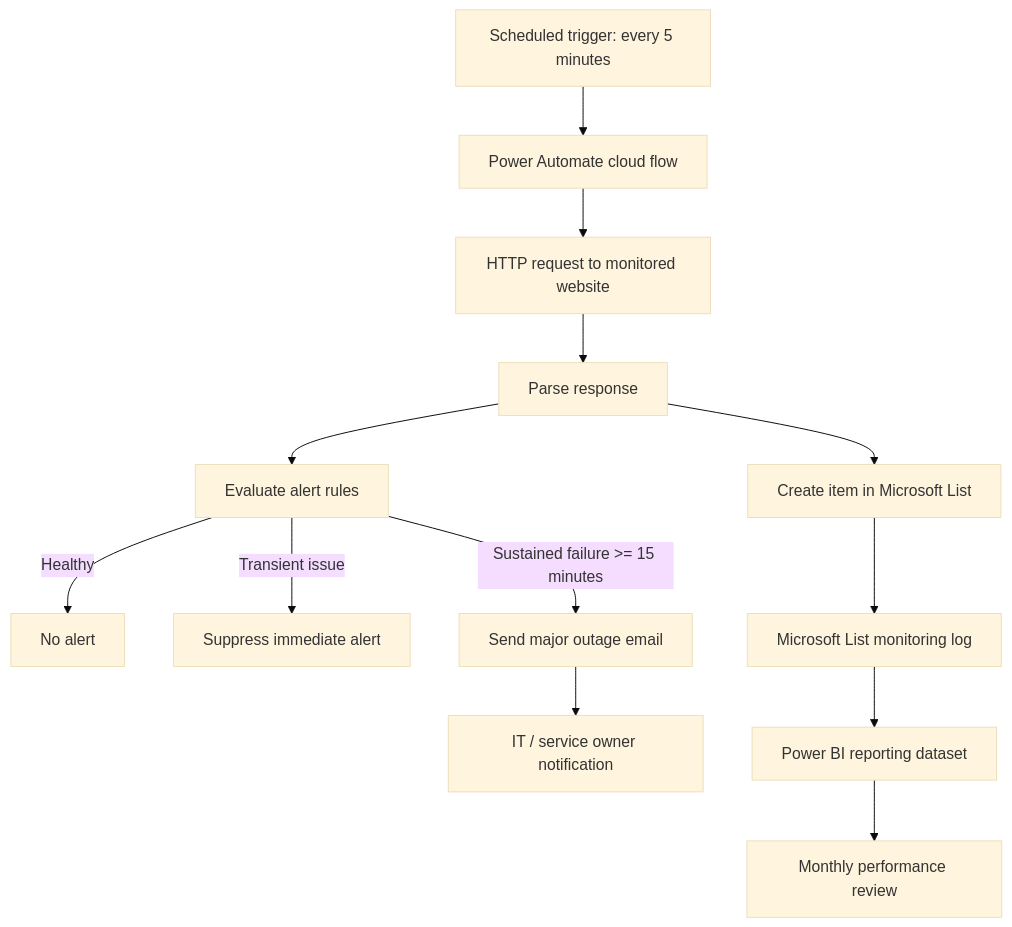
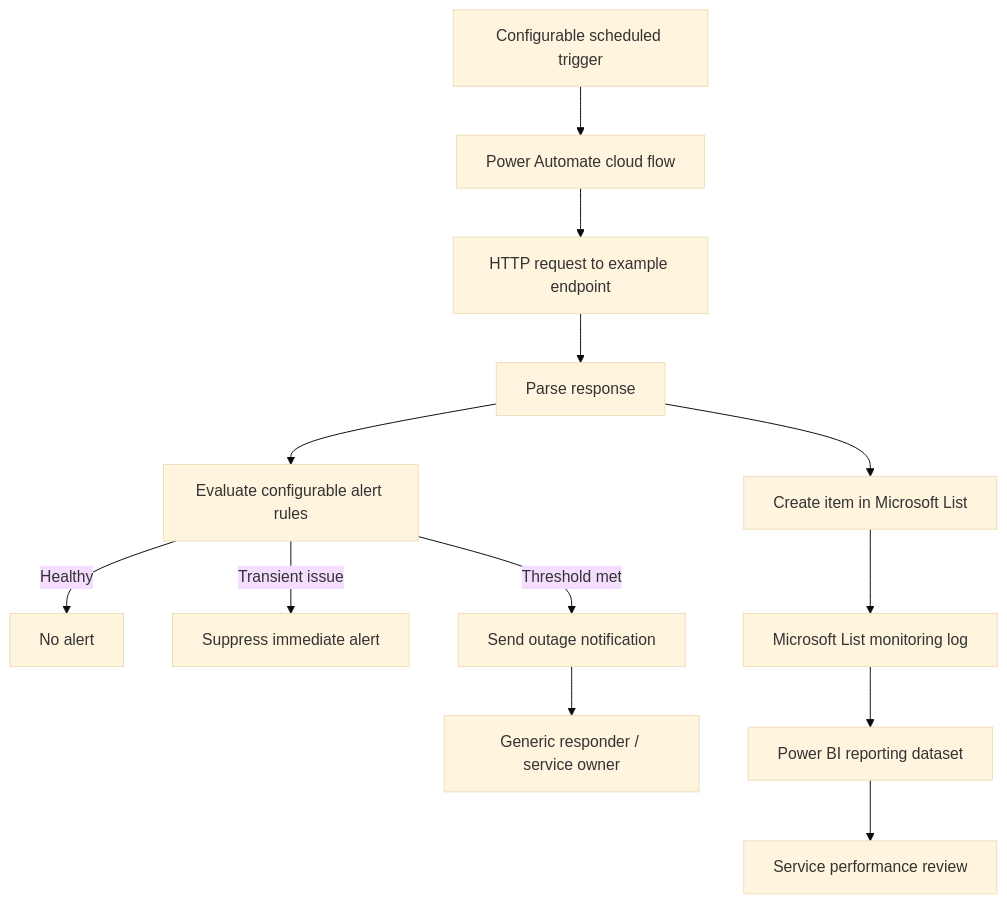
Before and after one commit to leongxudong/website-monitoring-dashboard-using-microsoft: the first of 2 diagrams in docs/architecture.md, drawn with Mermaid (base theme). The commit also changed other lines of this file, not shown here.

Commit message:
Generalize monitoring architecture

````diff
--- a/docs/architecture.md
+++ b/docs/architecture.md
@@ -11,15 +11,15 @@
 ```mermaid
 flowchart TD
-    A[Scheduled trigger: every 5 minutes] --> B[Power Automate cloud flow]
-    B --> C[HTTP request to monitored website]
+    A[Configurable scheduled trigger] --> B[Power Automate cloud flow]
+    B --> C[HTTP request to example endpoint]
     C --> D[Parse response]
     D --> E[Create item in Microsoft List]
-    D --> F[Evaluate alert rules]
+    D --> F[Evaluate configurable alert rules]
     F -->|Healthy| G[No alert]
     F -->|Transient issue| H[Suppress immediate alert]
-    F -->|Sustained failure >= 15 minutes| I[Send major outage email]
-    I --> J[IT / service owner notification]
+    F -->|Threshold met| I[Send outage notification]
+    I --> J[Generic responder / service owner]
     E --> K[Microsoft List monitoring log]
     K --> L[Power BI reporting dataset]
-    L --> M[Monthly performance review]
+    L --> M[Service performance review]
 ```
````
